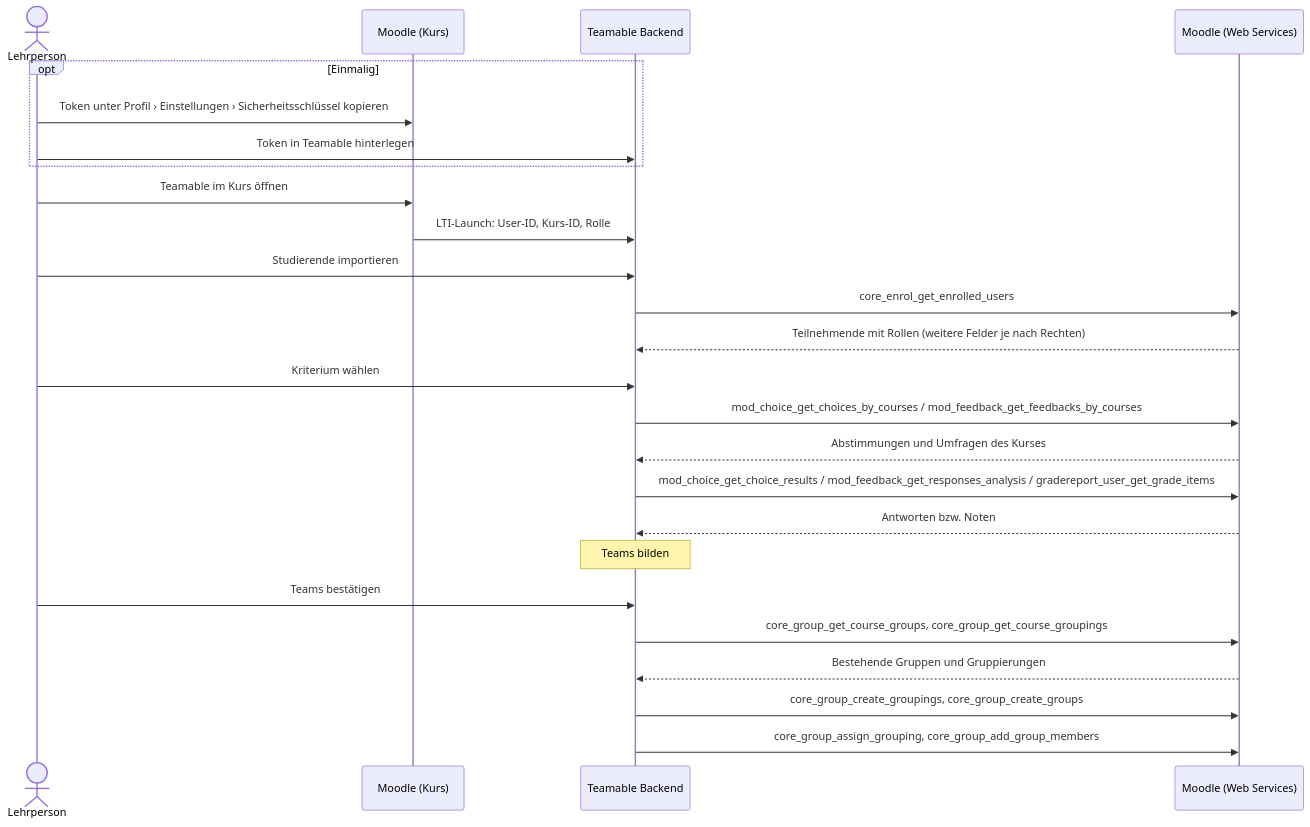
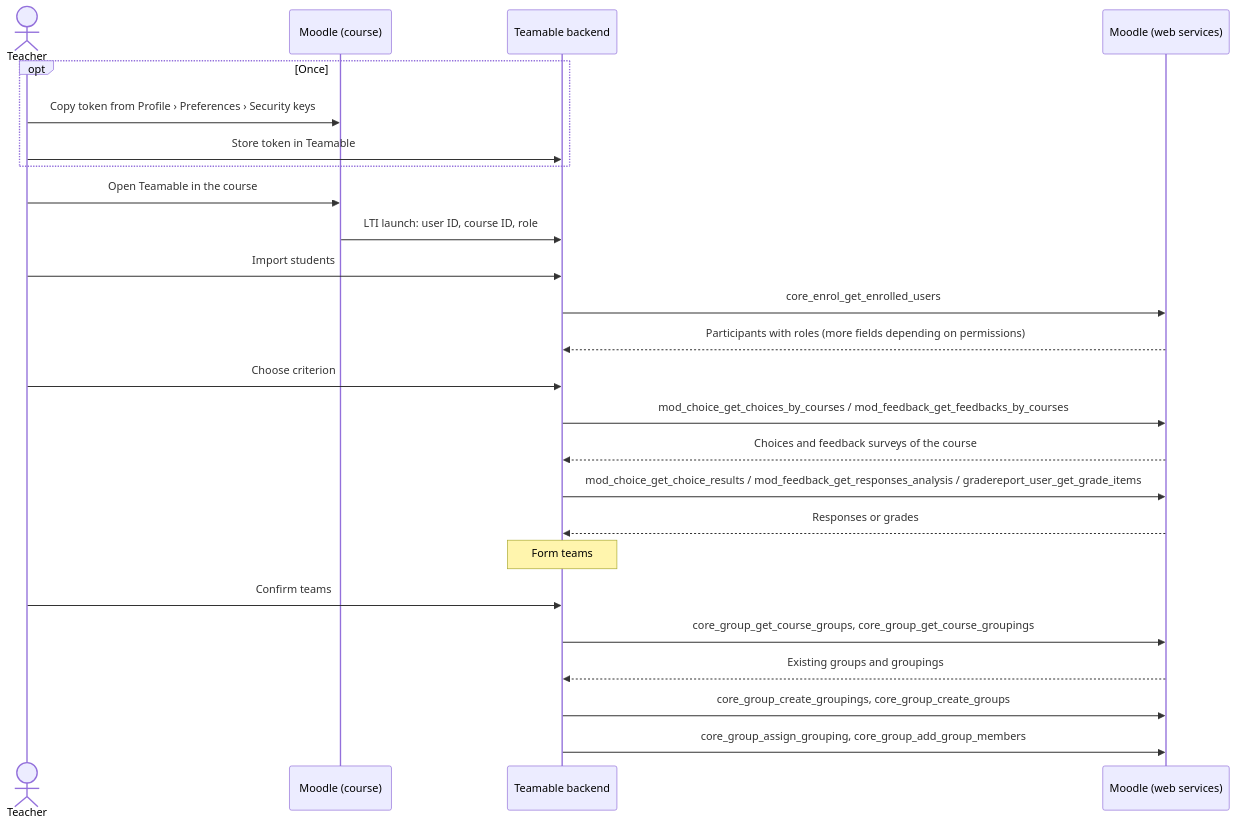
The diagram in docs/recherche/LMS-Anbindung/moodle-api.md (Teamprojekt-MSI-BIT-SS26/documentation), drawn with Mermaid before and after one commit. The commit also changed other lines of this file, not shown here.

First line of the commit message:
Moodle-API: Seite auf Englisch übersetzen

````diff
--- a/docs/recherche/LMS-Anbindung/moodle-api.md
+++ b/docs/recherche/LMS-Anbindung/moodle-api.md
@@ -65,28 +65,28 @@
 ```mermaid
 sequenceDiagram
-    actor L as Lehrperson
-    participant ML as Moodle (Kurs)
-    participant T as Teamable Backend
-    participant M as Moodle (Web Services)
+    actor L as Teacher
+    participant ML as Moodle (course)
+    participant T as Teamable backend
+    participant M as Moodle (web services)
 
-    opt Einmalig
-        L->>ML: Token unter Profil › Einstellungen › Sicherheitsschlüssel kopieren
-        L->>T: Token in Teamable hinterlegen
+    opt Once
+        L->>ML: Copy token from Profile › Preferences › Security keys
+        L->>T: Store token in Teamable
     end
-    L->>ML: Teamable im Kurs öffnen
-    ML->>T: LTI-Launch: User-ID, Kurs-ID, Rolle
-    L->>T: Studierende importieren
+    L->>ML: Open Teamable in the course
+    ML->>T: LTI launch: user ID, course ID, role
+    L->>T: Import students
     T->>M: core_enrol_get_enrolled_users
-    M-->>T: Teilnehmende mit Rollen (weitere Felder je nach Rechten)
-    L->>T: Kriterium wählen
+    M-->>T: Participants with roles (more fields depending on permissions)
+    L->>T: Choose criterion
     T->>M: mod_choice_get_choices_by_courses / mod_feedback_get_feedbacks_by_courses
-    M-->>T: Abstimmungen und Umfragen des Kurses
+    M-->>T: Choices and feedback surveys of the course
     T->>M: mod_choice_get_choice_results / mod_feedback_get_responses_analysis / gradereport_user_get_grade_items
-    M-->>T: Antworten bzw. Noten
-    Note over T: Teams bilden
-    L->>T: Teams bestätigen
+    M-->>T: Responses or grades
+    Note over T: Form teams
+    L->>T: Confirm teams
     T->>M: core_group_get_course_groups, core_group_get_course_groupings
-    M-->>T: Bestehende Gruppen und Gruppierungen
+    M-->>T: Existing groups and groupings
     T->>M: core_group_create_groupings, core_group_create_groups
     T->>M: core_group_assign_grouping, core_group_add_group_members
 ```
````
